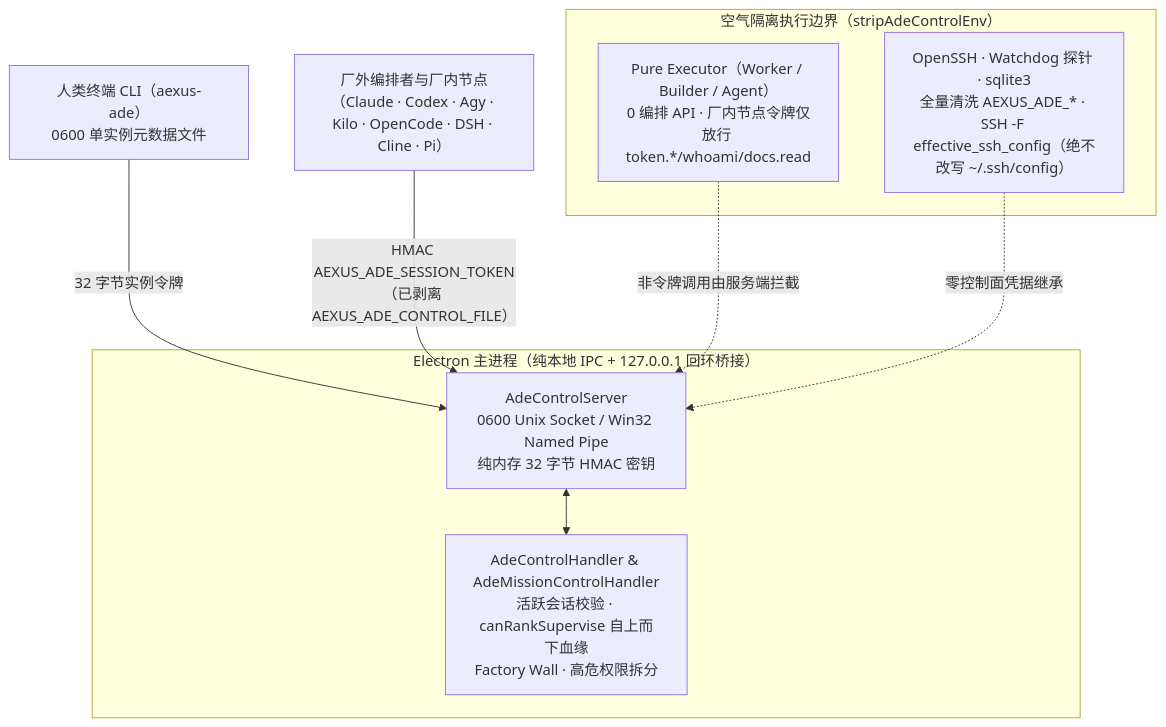
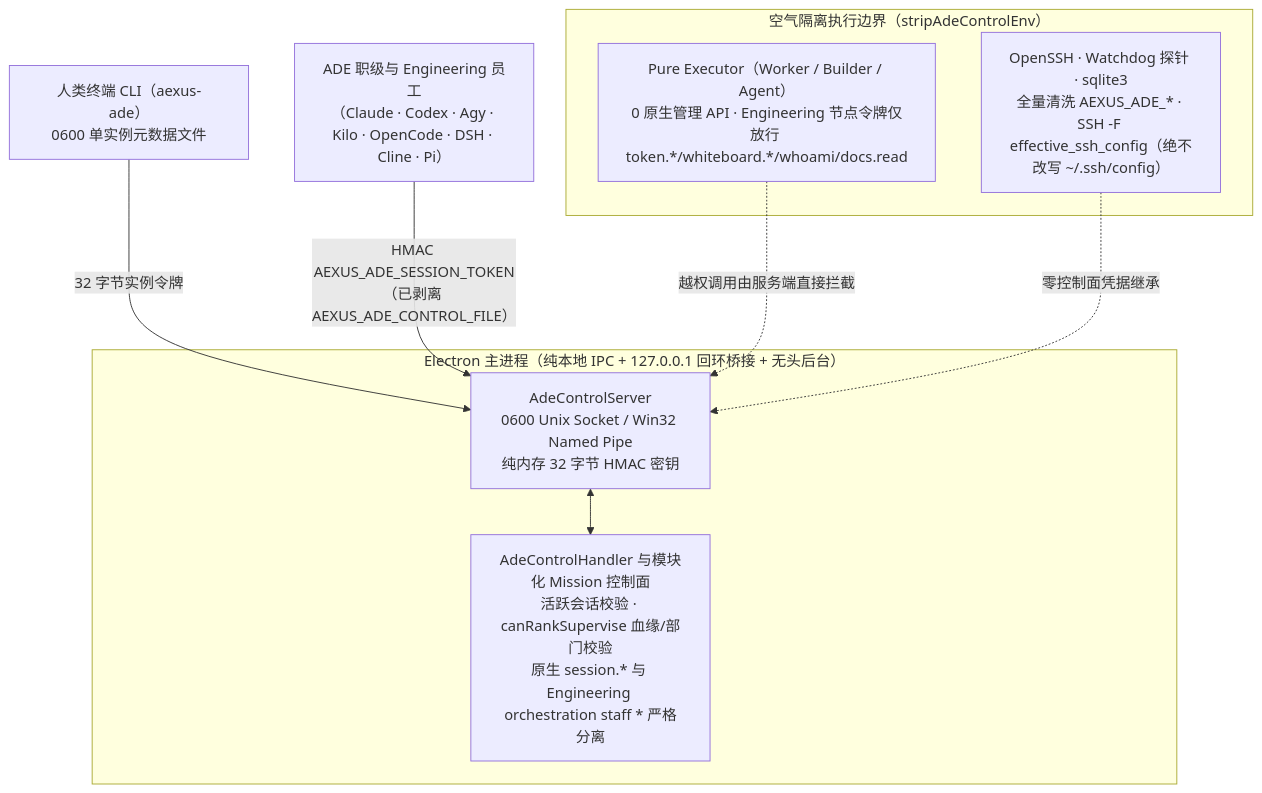
Before and after one commit to Daijunfan/Aexus-Code: the second of 2 diagrams in docs/README.zh-CN.md, drawn with Mermaid. The commit also changed other lines of this file and 184 other files, not shown here.

````diff
--- a/docs/README.zh-CN.md
+++ b/docs/README.zh-CN.md
@@ -77,19 +76,19 @@
 ```mermaid
 flowchart TB
-    subgraph Main["Electron 主进程（纯本地 IPC + 127.0.0.1 回环桥接）"]
+    subgraph Main["Electron 主进程（纯本地 IPC + 127.0.0.1 回环桥接 + 无头后台）"]
         CS["AdeControlServer<br/>0600 Unix Socket / Win32 Named Pipe<br/>纯内存 32 字节 HMAC 密钥"]
-        RBAC["AdeControlHandler &amp; AdeMissionControlHandler<br/>活跃会话校验 · canRankSupervise 自上而下血缘<br/>Factory Wall · 高危权限拆分"]
+        RBAC["AdeControlHandler 与模块化 Mission 控制面<br/>活跃会话校验 · canRankSupervise 血缘/部门校验<br/>原生 session.* 与 Engineering orchestration staff * 严格分离"]
         CS <--> RBAC
     end
 
     HUMAN["人类终端 CLI（aexus-ade）<br/>0600 单实例元数据文件"] -->|"32 字节实例令牌"| CS
-    ORCH["厂外编排者与厂内节点<br/>（Claude · Codex · Agy · Kilo · OpenCode · DSH · Cline · Pi）"] -->|"HMAC AEXUS_ADE_SESSION_TOKEN<br/>（已剥离 AEXUS_ADE_CONTROL_FILE）"| CS
+    ORCH["ADE 职级与 Engineering 员工<br/>（Claude · Codex · Agy · Kilo · OpenCode · DSH · Cline · Pi）"] -->|"HMAC AEXUS_ADE_SESSION_TOKEN<br/>（已剥离 AEXUS_ADE_CONTROL_FILE）"| CS
 
     subgraph Airgap["空气隔离执行边界（stripAdeControlEnv）"]
-        PURE["Pure Executor（Worker / Builder / Agent）<br/>0 编排 API · 厂内节点令牌仅放行 token.*/whoami/docs.read"]
+        PURE["Pure Executor（Worker / Builder / Agent）<br/>0 原生管理 API · Engineering 节点令牌仅放行 token.*/whiteboard.*/whoami/docs.read"]
         SUB["OpenSSH · Watchdog 探针 · sqlite3<br/>全量清洗 AEXUS_ADE_* · SSH -F effective_ssh_config（绝不改写 ~/.ssh/config）"]
     end
 
-    PURE -.->|"非令牌调用由服务端拦截"| CS
+    PURE -.->|"越权调用由服务端直接拦截"| CS
     SUB -.->|"零控制面凭据继承"| CS
 ```
````
